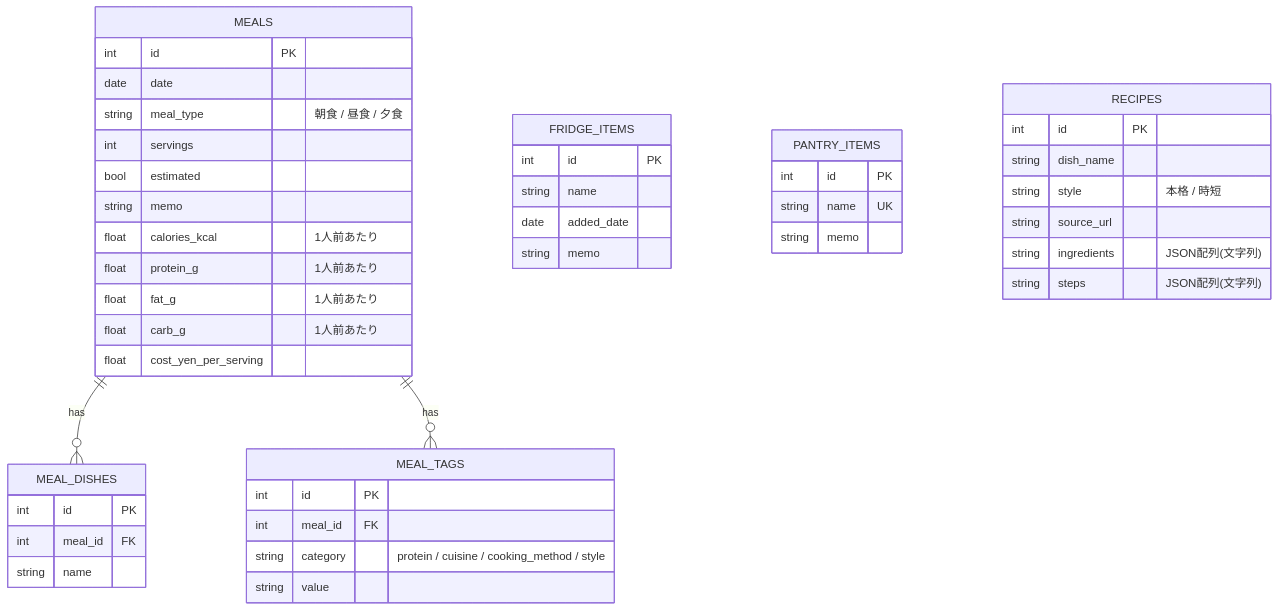
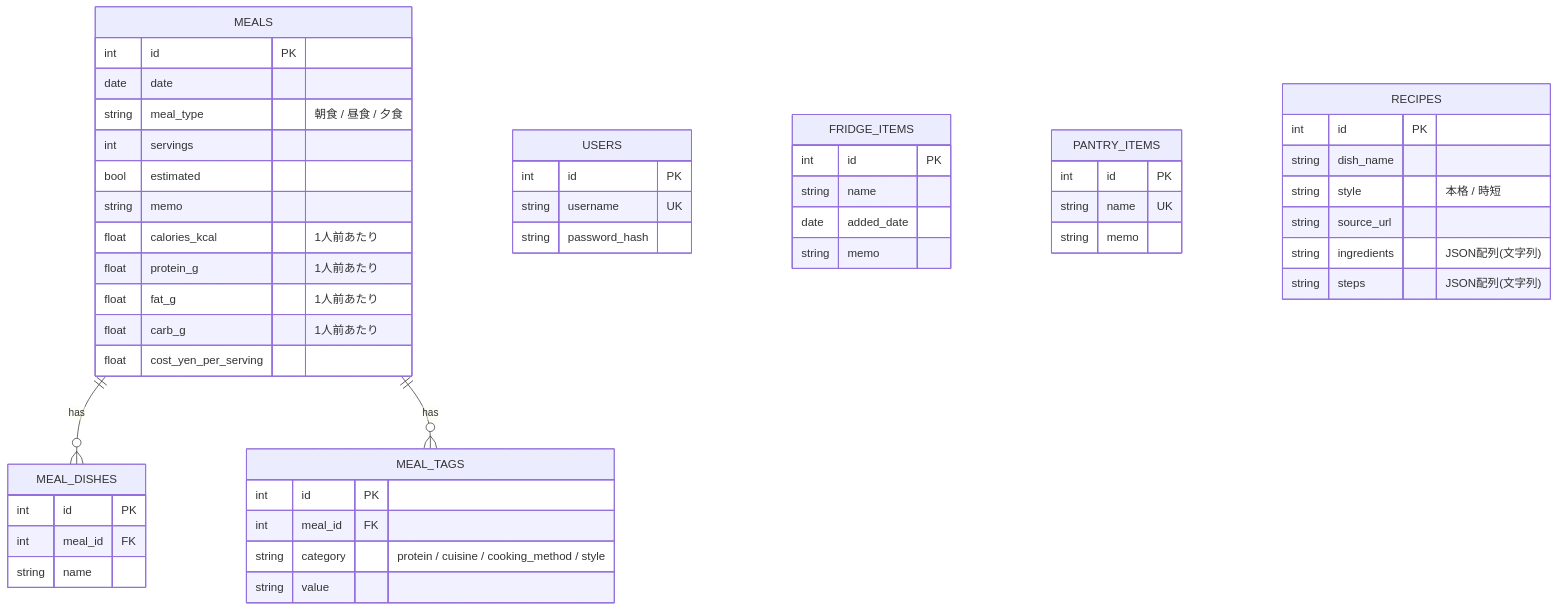
The diagram in backend/docs/data-model.md (Kedama515/mogumi), drawn with Mermaid before and after one commit. The commit also changed other lines of this file and 15 other files, not shown here.

````diff
--- a/backend/docs/data-model.md
+++ b/backend/docs/data-model.md
@@ -7,54 +7,60 @@
 ```mermaid
 erDiagram
     MEALS ||--o{ MEAL_DISHES : "has"
     MEALS ||--o{ MEAL_TAGS : "has"
+
+    USERS {
+        int id PK
+        string username UK
+        string password_hash
+    }
 
     FRIDGE_ITEMS {
         int id PK
         string name
         date added_date
         string memo
     }
 
     PANTRY_ITEMS {
         int id PK
         string name UK
         string memo
     }
 
     MEALS {
         int id PK
         date date
         string meal_type "朝食 / 昼食 / 夕食"
         int servings
         bool estimated
         string memo
         float calories_kcal "1人前あたり"
         float protein_g "1人前あたり"
         float fat_g "1人前あたり"
         float carb_g "1人前あたり"
         float cost_yen_per_serving
     }
 
     MEAL_DISHES {
         int id PK
         int meal_id FK
         string name
     }
 
     MEAL_TAGS {
         int id PK
         int meal_id FK
         string category "protein / cuisine / cooking_method / style"
         string value
     }
 
     RECIPES {
         int id PK
         string dish_name
         string style "本格 / 時短"
         string source_url
         string ingredients "JSON配列(文字列)"
         string steps "JSON配列(文字列)"
     }
 ```
````
